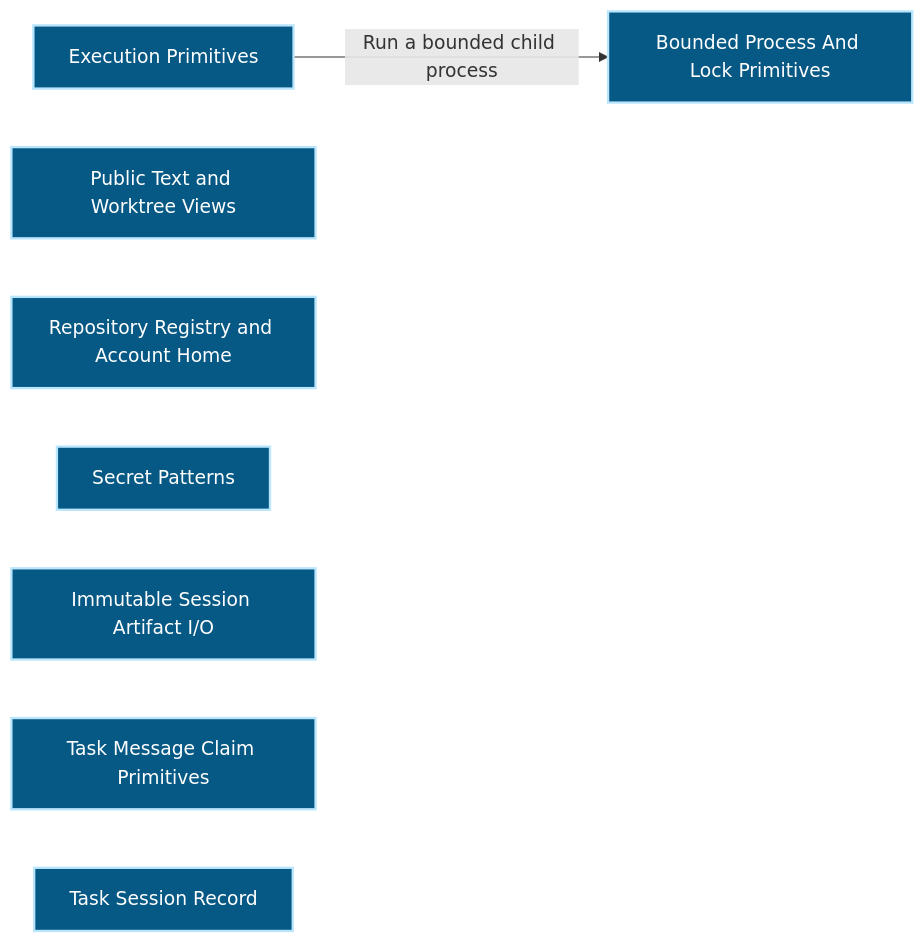
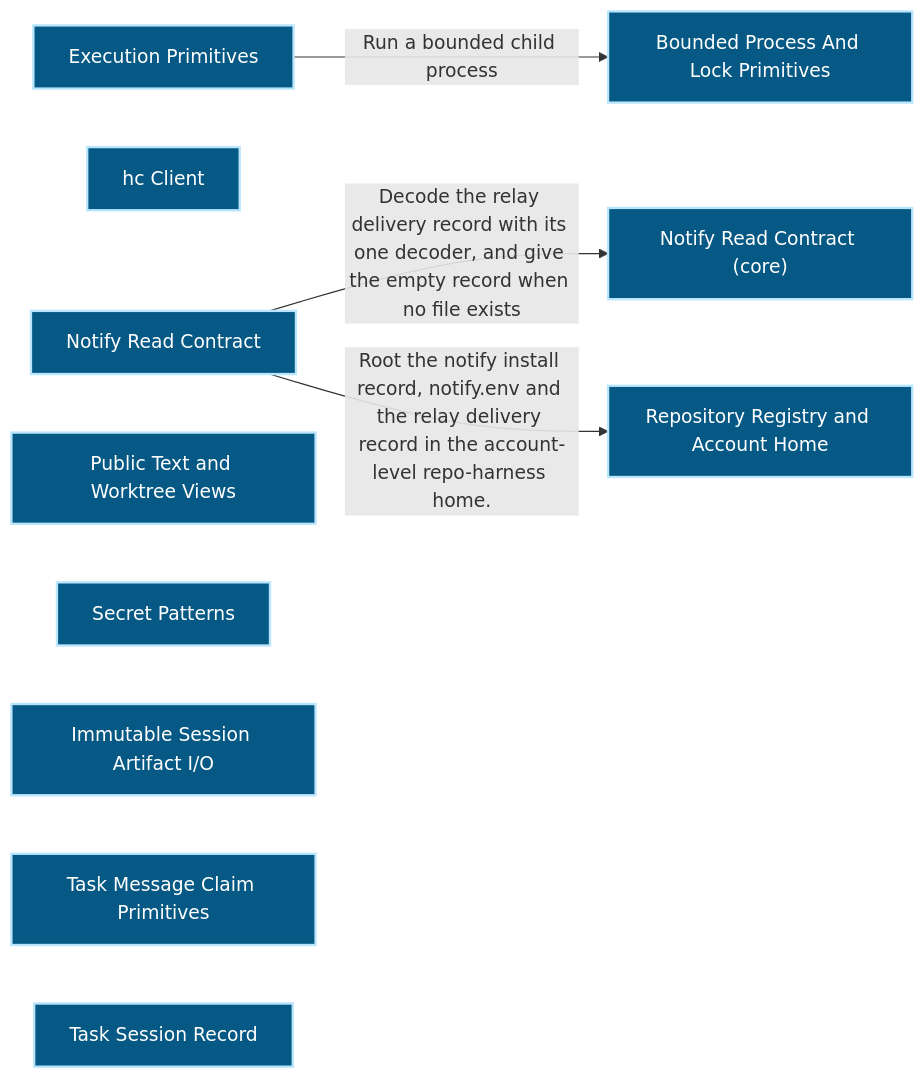
Before and after one commit to Ancienttwo/repo-harness: the first of 2 diagrams in docs/architecture/modules/workflow-engine/execution-primitives.md, drawn with Mermaid. The commit also changed other lines of this file and 14 other files, not shown here.

First line of the commit message:
chore(projection): refresh generated architecture outputs for main@ccdc0587af67

````diff
--- a/docs/architecture/modules/workflow-engine/execution-primitives.md
+++ b/docs/architecture/modules/workflow-engine/execution-primitives.md
@@ -16,16 +16,21 @@
 ```mermaid
 flowchart LR
   p1_capability_workflow_engine_execution_primitives_b3033934["Execution Primitives"]:::component
+  p1_component_execution_primitives_hc_client_0c8c8ef8["hc Client"]:::component
+  p1_component_execution_primitives_notify_read_829d6cce["Notify Read Contract"]:::component
+  p1_component_execution_primitives_notify_read_core_614397cc["Notify Read Contract (core)"]:::component
   p1_component_execution_primitives_primary_800678c8["Bounded Process And Lock Primitives"]:::component
   p1_component_execution_primitives_public_projections_1287b1f9["Public Text and Worktree Views"]:::component
   p1_component_execution_primitives_repository_registry_49e2fbe9["Repository Registry and Account Home"]:::component
   p1_component_execution_primitives_secret_patterns_075f309a["Secret Patterns"]:::component
   p1_component_execution_primitives_session_artifact_io_f1f01a74["Immutable Session Artifact I/O"]:::component
   p1_component_execution_primitives_task_message_claim_dbe6af55["Task Message Claim Primitives"]:::component
   p1_component_execution_primitives_task_session_record_e7a96008["Task Session Record"]:::component
+  p1_component_execution_primitives_notify_read_829d6cce -->|"Decode the relay delivery record with its one decoder#44; and give the empty record when no file exists"| p1_component_execution_primitives_notify_read_core_614397cc
+  p1_component_execution_primitives_notify_read_829d6cce -->|"Root the notify install record#44; notify.env and the relay delivery record in the account-level repo-harness home."| p1_component_execution_primitives_repository_registry_49e2fbe9
   p1_capability_workflow_engine_execution_primitives_b3033934 -->|"Run a bounded child process"| p1_component_execution_primitives_primary_800678c8
   classDef actor fill:#111827,color:#ffffff,stroke:#f9fafb,stroke-width:2px
   classDef component fill:#075985,color:#ffffff,stroke:#bae6fd,stroke-width:2px
   classDef datastore fill:#3f6212,color:#ffffff,stroke:#d9f99d,stroke-width:2px
   classDef external fill:#7c2d12,color:#ffffff,stroke:#fed7aa,stroke-width:2px
 ```
````
